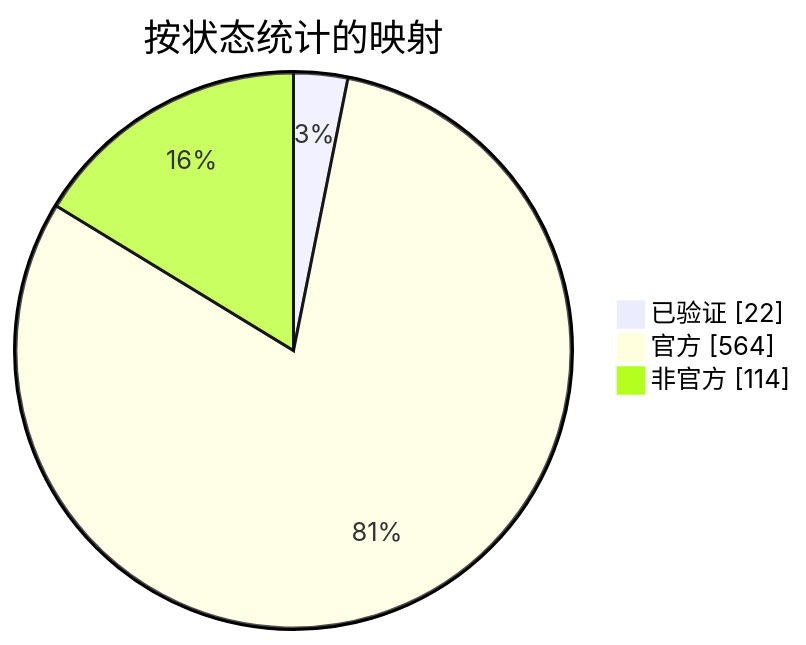
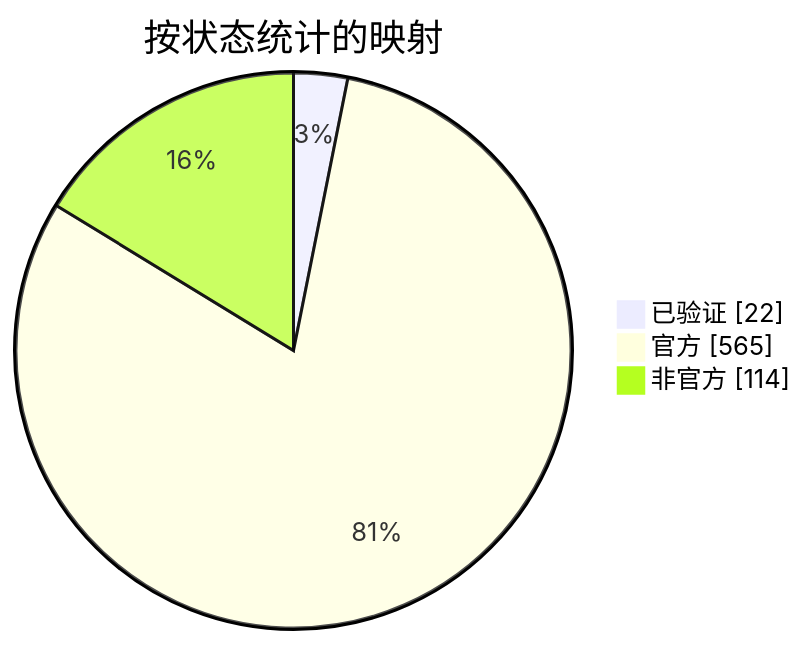
One commit to nobrega8/mbmap-library changed the diagram in docs/readme/README_ZHS.md. Above: the diagram before and after it, drawn with Mermaid. The commit also changed 6 other files, not shown here.

````diff
--- a/docs/readme/README_ZHS.md
+++ b/docs/readme/README_ZHS.md
@@ -54,7 +54,7 @@
 ```mermaid
 pie showData
     title 按状态统计的映射
     "已验证" : 22
-    "官方" : 564
+    "官方" : 565
     "非官方" : 114
 ```
````
